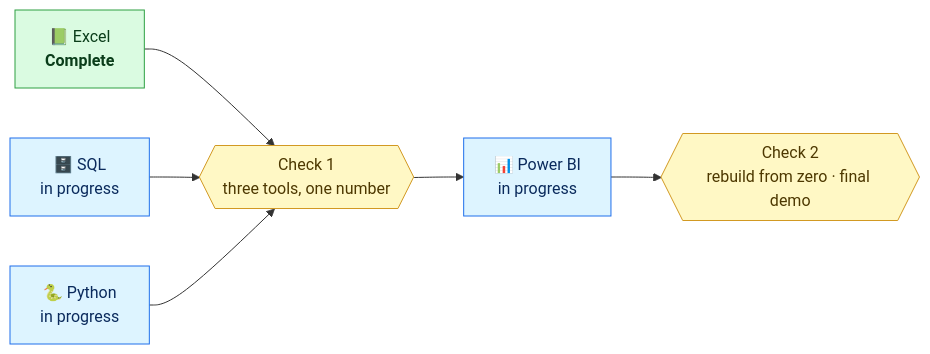
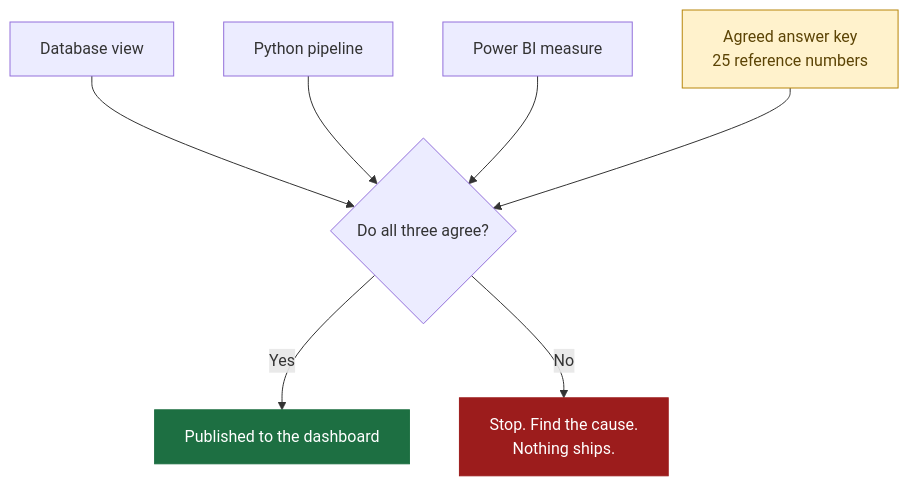
The second of 3 diagrams in profile/README.md (AMR-Playbook/.github), drawn with Mermaid before and after one commit. The commit also changed other lines of this file and 1 other file, not shown here.

````diff
--- a/profile/README.md
+++ b/profile/README.md
@@ -85,15 +81,14 @@
 ```mermaid
-flowchart LR
-    E["📗 Excel<br/><b>Complete</b>"] --> C1{{"Check 1<br/>three tools, one number"}}
-    S["🗄️ SQL<br/>in progress"] --> C1
-    P["🐍 Python<br/>in progress"] --> C1
-    C1 --> B["📊 Power BI<br/>in progress"]
-    B --> C2{{"Check 2<br/>rebuild from zero · final demo"}}
+flowchart TD
+    AK["Agreed answer key<br/>25 reference numbers"]
+    SQL["Database view"] --> CHECK{"Do all three agree?"}
+    PY["Python pipeline"] --> CHECK
+    BI["Power BI measure"] --> CHECK
+    AK --> CHECK
+    CHECK -->|Yes| PUB["Published to the dashboard"]
+    CHECK -->|No| STOP["Stop. Find the cause.<br/>Nothing ships."]
 
-    classDef done fill:#dafbe1,stroke:#2ea043,color:#0a3d1a
-    classDef wip fill:#ddf4ff,stroke:#1f6feb,color:#0a2a5c
-    classDef gate fill:#fff8c5,stroke:#d29922,color:#4d3800
-    class E done
-    class S,P,B wip
-    class C1,C2 gate
+    style AK fill:#fff2cc,stroke:#b8860b,color:#5c4405
+    style PUB fill:#1d6f42,stroke:#1d6f42,color:#ffffff
+    style STOP fill:#9c1c1c,stroke:#9c1c1c,color:#ffffff
 ```
````
